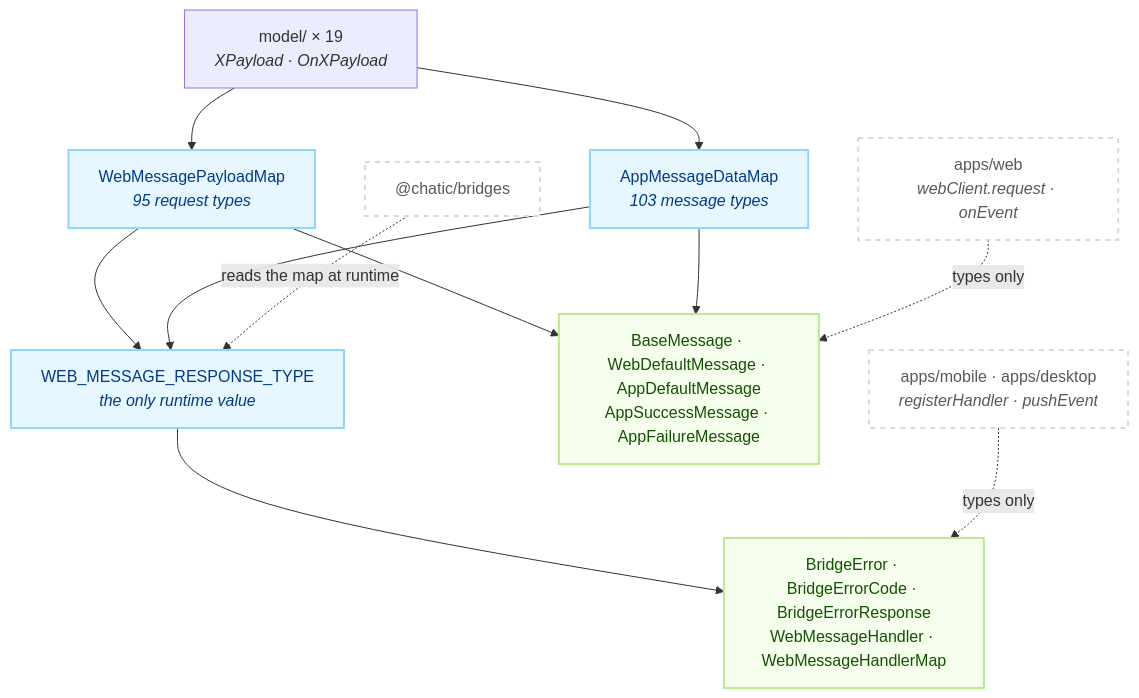
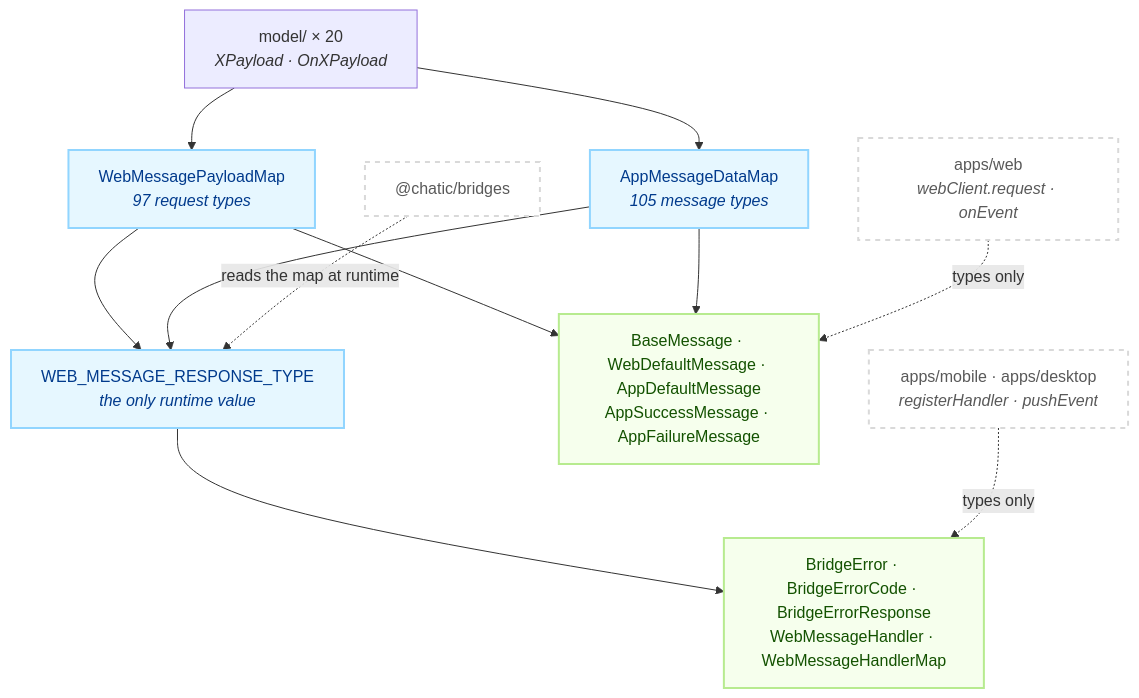
The first of 2 diagrams in libs/app-messages/README.md (lemoncloud-io/dou-app), drawn with Mermaid before and after one commit. The commit also changed other lines of this file and 8 other files, not shown here.

````diff
--- a/libs/app-messages/README.md
+++ b/libs/app-messages/README.md
@@ -89,28 +89,28 @@
 ```mermaid
 flowchart TD
     classDef ext fill:#ffffff,stroke:#d9d9d9,stroke-width:2px,color:#595959,stroke-dasharray: 5 5;
     classDef map fill:#e6f7ff,stroke:#91d5ff,stroke-width:2px,color:#003a8c;
     classDef env fill:#f6ffed,stroke:#b7eb8f,stroke-width:2px,color:#135200;
 
-    Model["model/ × 19<br/><i>XPayload · OnXPayload</i>"]
-    WM["WebMessagePayloadMap<br/><i>95 request types</i>"]:::map
-    AM["AppMessageDataMap<br/><i>103 message types</i>"]:::map
+    Model["model/ × 20<br/><i>XPayload · OnXPayload</i>"]
+    WM["WebMessagePayloadMap<br/><i>97 request types</i>"]:::map
+    AM["AppMessageDataMap<br/><i>105 message types</i>"]:::map
     RT["WEB_MESSAGE_RESPONSE_TYPE<br/><i>the only runtime value</i>"]:::map
     Env["BaseMessage · WebDefaultMessage · AppDefaultMessage<br/>AppSuccessMessage · AppFailureMessage"]:::env
     Err["BridgeError · BridgeErrorCode · BridgeErrorResponse<br/>WebMessageHandler · WebMessageHandlerMap"]:::env
 
     Web["apps/web<br/><i>webClient.request · onEvent</i>"]:::ext
     Shell["apps/mobile · apps/desktop<br/><i>registerHandler · pushEvent</i>"]:::ext
     Br["@chatic/bridges"]:::ext
 
     Model --> WM
     Model --> AM
     WM --> RT
     AM --> RT
     WM --> Env
     AM --> Env
     RT --> Err
     Br -.->|"reads the map at runtime"| RT
     Web -.->|"types only"| Env
     Shell -.->|"types only"| Err
 ```
````
